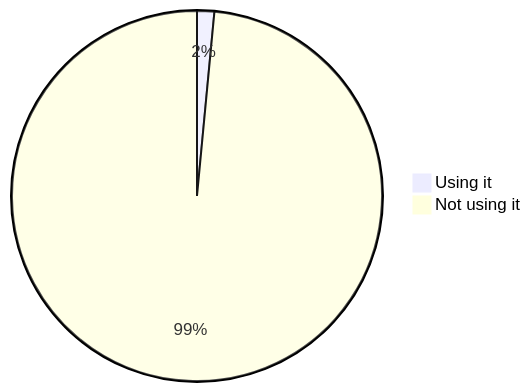
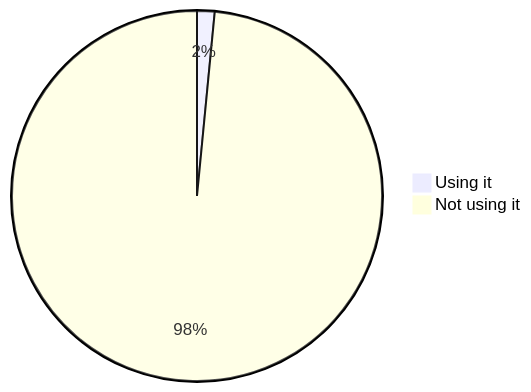
The sixth of 22 diagrams in stats.md (oshp/oshp-stats), drawn with Mermaid before and after one commit. The commit also changed other lines of this file, not shown here.

````diff
--- a/stats.md
+++ b/stats.md
@@ -70,6 +70,6 @@
 ```mermaid
 pie
-	"Using it" : 1.5
-	"Not using it" : 98.5
+	"Using it" : 1.53
+	"Not using it" : 98.47
 
 ```
````
